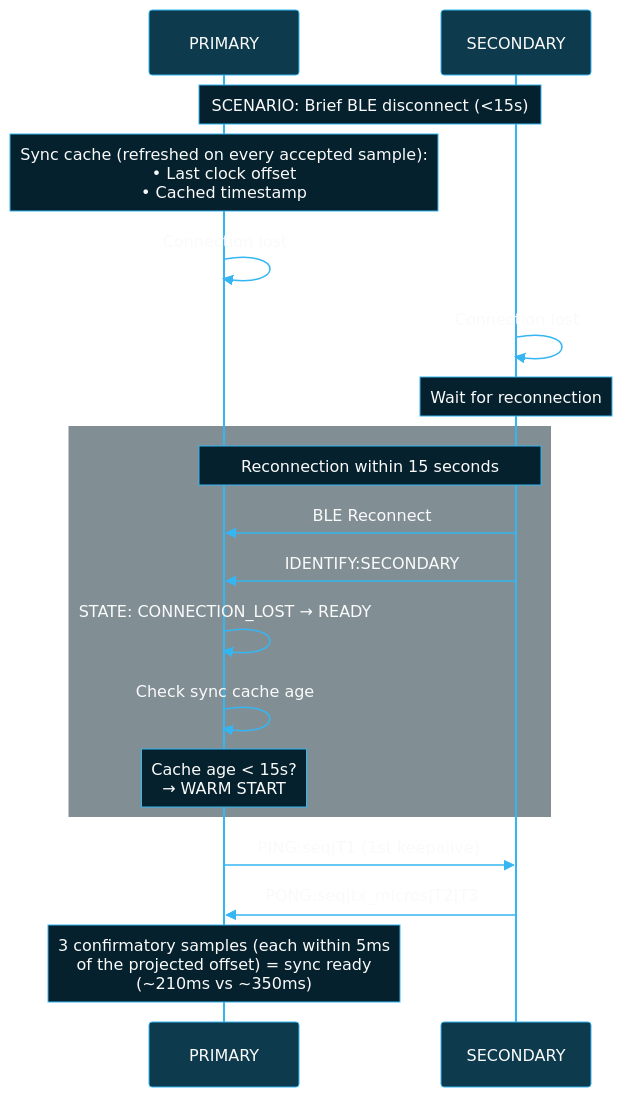
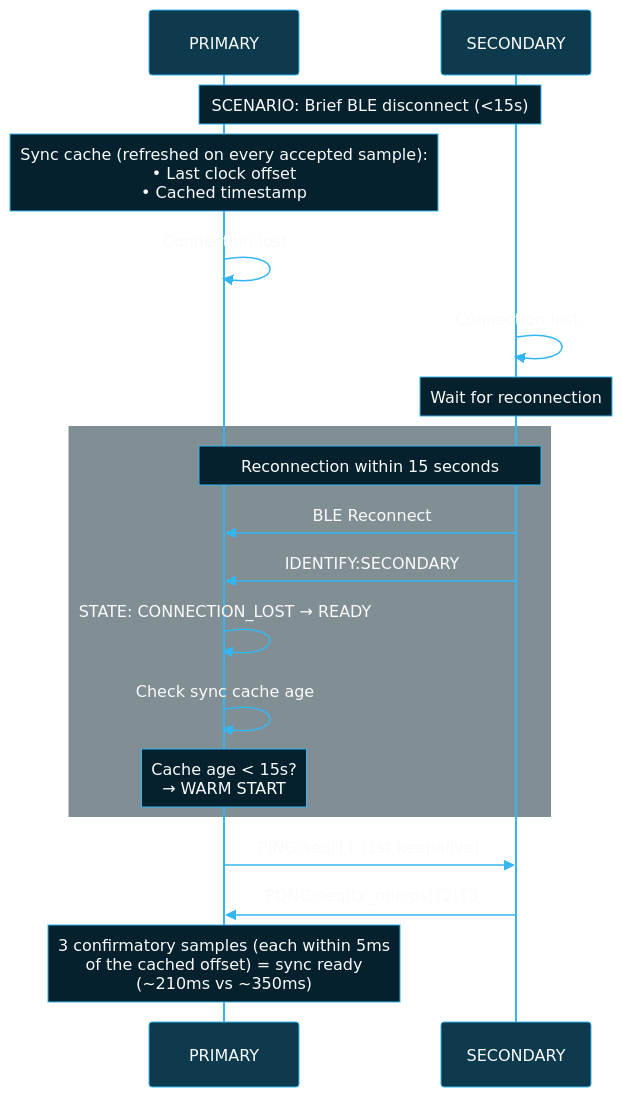
One commit to BlueBuzzah/BlueBuzzah-Firmware changed the fifth of 11 diagrams in docs/THERAPY_SESSION_FLOW.md. Above: the diagram before and after it, drawn with Mermaid. The commit also changed other lines of this file and 4 other files, not shown here.

First line of the commit message:
refactor(sync): lock every clock offset access, rename getCachedOffset

````diff
--- a/docs/THERAPY_SESSION_FLOW.md
+++ b/docs/THERAPY_SESSION_FLOW.md
@@ -322,50 +322,50 @@
 ```mermaid
 %%{init: {'theme': 'base', 'themeVariables': {
   'primaryColor': '#0d3a4d',
   'primaryTextColor': '#fafafa',
   'primaryBorderColor': '#35B6F2',
   'lineColor': '#35B6F2',
   'secondaryColor': '#05212D',
   'tertiaryColor': '#0a0a0a',
   'background': '#0a0a0a',
   'actorBkg': '#0d3a4d',
   'actorBorder': '#35B6F2',
   'actorTextColor': '#fafafa',
   'actorLineColor': '#35B6F2',
   'signalColor': '#35B6F2',
   'signalTextColor': '#fafafa',
   'labelBoxBkgColor': '#05212D',
   'labelBoxBorderColor': '#35B6F2',
   'labelTextColor': '#fafafa',
   'loopTextColor': '#fafafa',
   'noteBkgColor': '#05212D',
   'noteBorderColor': '#35B6F2',
   'noteTextColor': '#fafafa',
   'activationBkgColor': '#0d3a4d',
   'activationBorderColor': '#35B6F2',
   'sequenceNumberColor': '#fafafa'
 }}}%%
 sequenceDiagram
     participant P as PRIMARY
     participant S as SECONDARY
 
     Note over P,S: SCENARIO: Brief BLE disconnect (<15s)
 
     Note over P: Sync cache (refreshed on every accepted sample):<br/>• Last clock offset<br/>• Cached timestamp
     P->>P: Connection lost
     S->>S: Connection lost
     Note over S: Wait for reconnection
 
     rect rgba(5, 33, 45, 0.5)
         Note over P,S: Reconnection within 15 seconds
         S->>P: BLE Reconnect
         S->>P: IDENTIFY:SECONDARY
         P->>P: STATE: CONNECTION_LOST → READY
         P->>P: Check sync cache age
         Note over P: Cache age < 15s?<br/>→ WARM START
     end
 
     P->>S: PING:seq|T1 (1st keepalive)
     S->>P: PONG:seq|tx_micros|T2|T3
-    Note over P: 3 confirmatory samples (each within 5ms<br/>of the projected offset) = sync ready<br/>(~210ms vs ~350ms)
+    Note over P: 3 confirmatory samples (each within 5ms<br/>of the cached offset) = sync ready<br/>(~210ms vs ~350ms)
 ```
````
